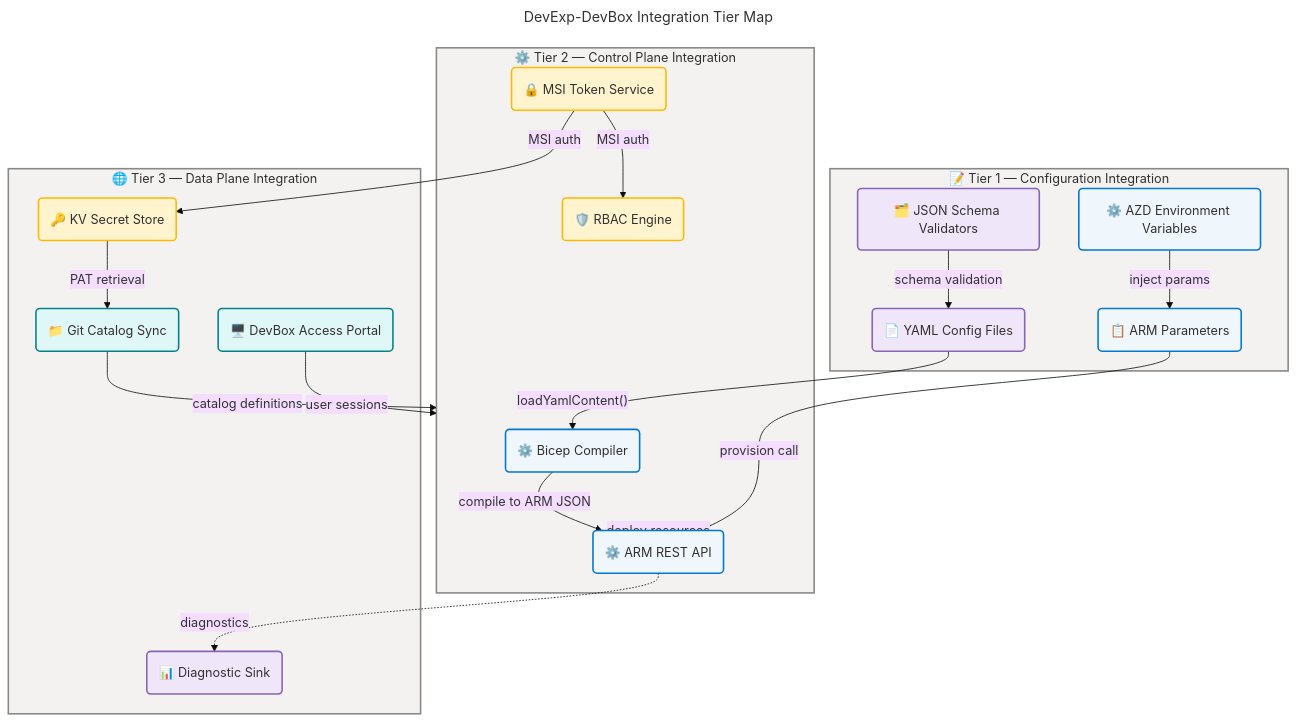
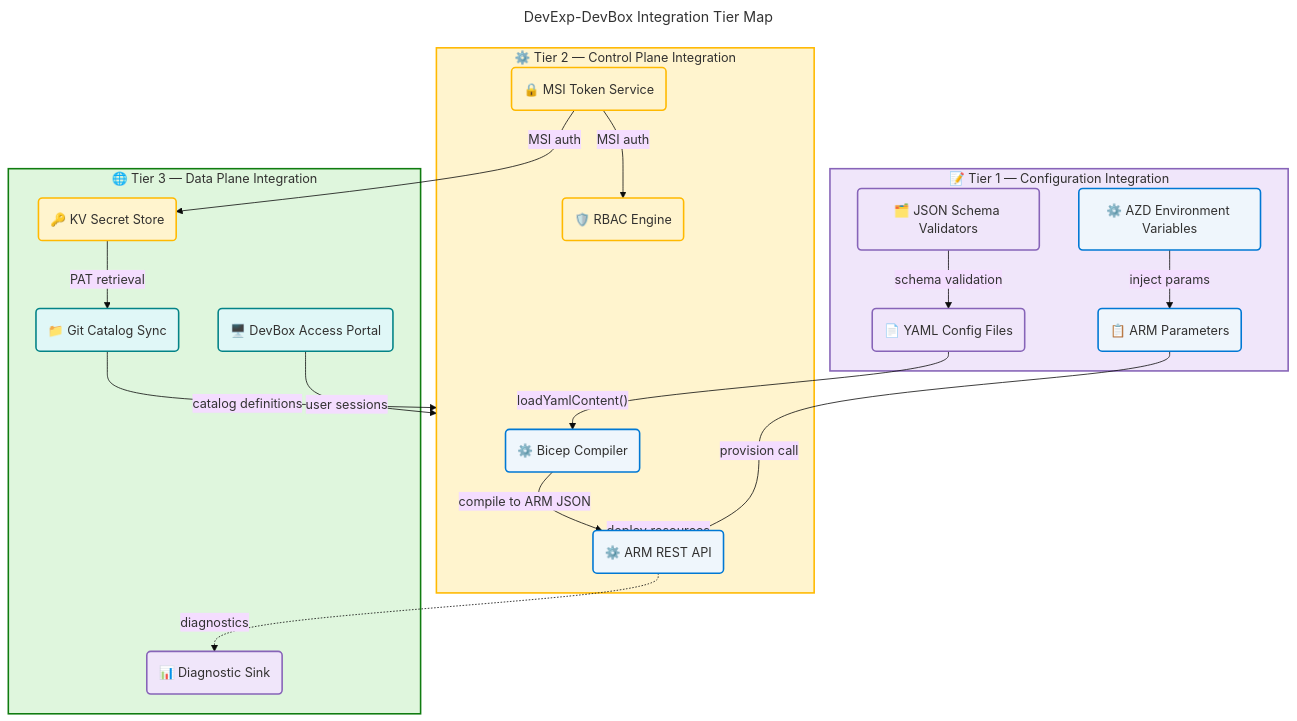
Before and after one commit to Evilazaro/DevExp-DevBox: the third of 7 diagrams in docs/architecture/application-architecture.md, drawn with Mermaid. The commit also changed other lines of this file and 1 other file, not shown here.

Commit message:
refactor: Update Mermaid diagram styles for improved visual clarity in application architecture documentation

````diff
--- a/docs/architecture/application-architecture.md
+++ b/docs/architecture/application-architecture.md
@@ -262,71 +266,71 @@
 ```mermaid
 ---
 title: "DevExp-DevBox Integration Tier Map"
 config:
   theme: base
   look: classic
   layout: dagre
   themeVariables:
     fontSize: '16px'
   flowchart:
     htmlLabels: true
 ---
 flowchart TB
     accTitle: DevExp-DevBox Integration Tier Map
     accDescr: Three integration tiers showing configuration, control-plane, and data-plane integration surfaces
 
 %% ═══════════════════════════════════════════════════════════════════════════
 %% AZURE / FLUENT ARCHITECTURE PATTERN v1.1
 %% (Semantic + Structural + Font + Accessibility Governance)
 %% ═══════════════════════════════════════════════════════════════════════════
 %% PHASE 1 - FLUENT UI: All styling uses approved Fluent UI palette only
 %% PHASE 2 - GROUPS: Every subgraph has semantic color via style directive
 %% PHASE 3 - COMPONENTS: Every node has semantic classDef + icon prefix
 %% PHASE 4 - ACCESSIBILITY: accTitle/accDescr present, WCAG AA contrast
 %% PHASE 5 - STANDARD: Governance block present, classDefs centralized
 %% ═══════════════════════════════════════════════════════════════════════════
 
     subgraph CfgTier["📝 Tier 1 — Configuration Integration"]
         YAMLConf("📄 YAML Config Files"):::data
         JSONSchema("🗂️ JSON Schema Validators"):::data
         AZDenv("⚙️ AZD Environment Variables"):::core
         ARMparams("📋 ARM Parameters"):::core
     end
 
     subgraph CtrlTier["⚙️ Tier 2 — Control Plane Integration"]
         ARMapi("⚙️ ARM REST API"):::core
         BicepComp("⚙️ Bicep Compiler"):::core
         MSItoken("🔒 MSI Token Service"):::warning
         RBACeng("🛡️ RBAC Engine"):::warning
     end
 
     subgraph DataTier["🌐 Tier 3 — Data Plane Integration"]
         GitSync("📁 Git Catalog Sync"):::external
         DiagSink("📊 Diagnostic Sink"):::data
         DevBoxAccess("🖥️ DevBox Access Portal"):::external
         KVsecrets("🔑 KV Secret Store"):::warning
     end
 
     YAMLConf -->|"loadYamlContent()"| BicepComp
     JSONSchema -->|"schema validation"| YAMLConf
     AZDenv -->|"inject params"| ARMparams
     ARMparams -->|"provision call"| ARMapi
     BicepComp -->|"compile to ARM JSON"| ARMapi
     ARMapi -->|"deploy resources"| CtrlTier
     MSItoken -->|"MSI auth"| KVsecrets
     MSItoken -->|"MSI auth"| RBACeng
     KVsecrets -->|"PAT retrieval"| GitSync
     ARMapi -.->|"diagnostics"| DiagSink
     GitSync -->|"catalog definitions"| CtrlTier
     DevBoxAccess -->|"user sessions"| CtrlTier
 
-    style CfgTier fill:#F3F2F1,stroke:#8A8886,stroke-width:2px,color:#323130
-    style CtrlTier fill:#F3F2F1,stroke:#8A8886,stroke-width:2px,color:#323130
-    style DataTier fill:#F3F2F1,stroke:#8A8886,stroke-width:2px,color:#323130
+    style CfgTier fill:#F0E6FA,stroke:#8764B8,stroke-width:2px,color:#323130
+    style CtrlTier fill:#FFF4CE,stroke:#FFB900,stroke-width:2px,color:#323130
+    style DataTier fill:#DFF6DD,stroke:#107C10,stroke-width:2px,color:#323130
 
     classDef neutral fill:#FAFAFA,stroke:#8A8886,stroke-width:2px,color:#323130
     classDef core fill:#EFF6FC,stroke:#0078D4,stroke-width:2px,color:#323130
     classDef warning fill:#FFF4CE,stroke:#FFB900,stroke-width:2px,color:#323130
     classDef data fill:#F0E6FA,stroke:#8764B8,stroke-width:2px,color:#323130
     classDef external fill:#E0F7F7,stroke:#038387,stroke-width:2px,color:#323130
 ```
````
